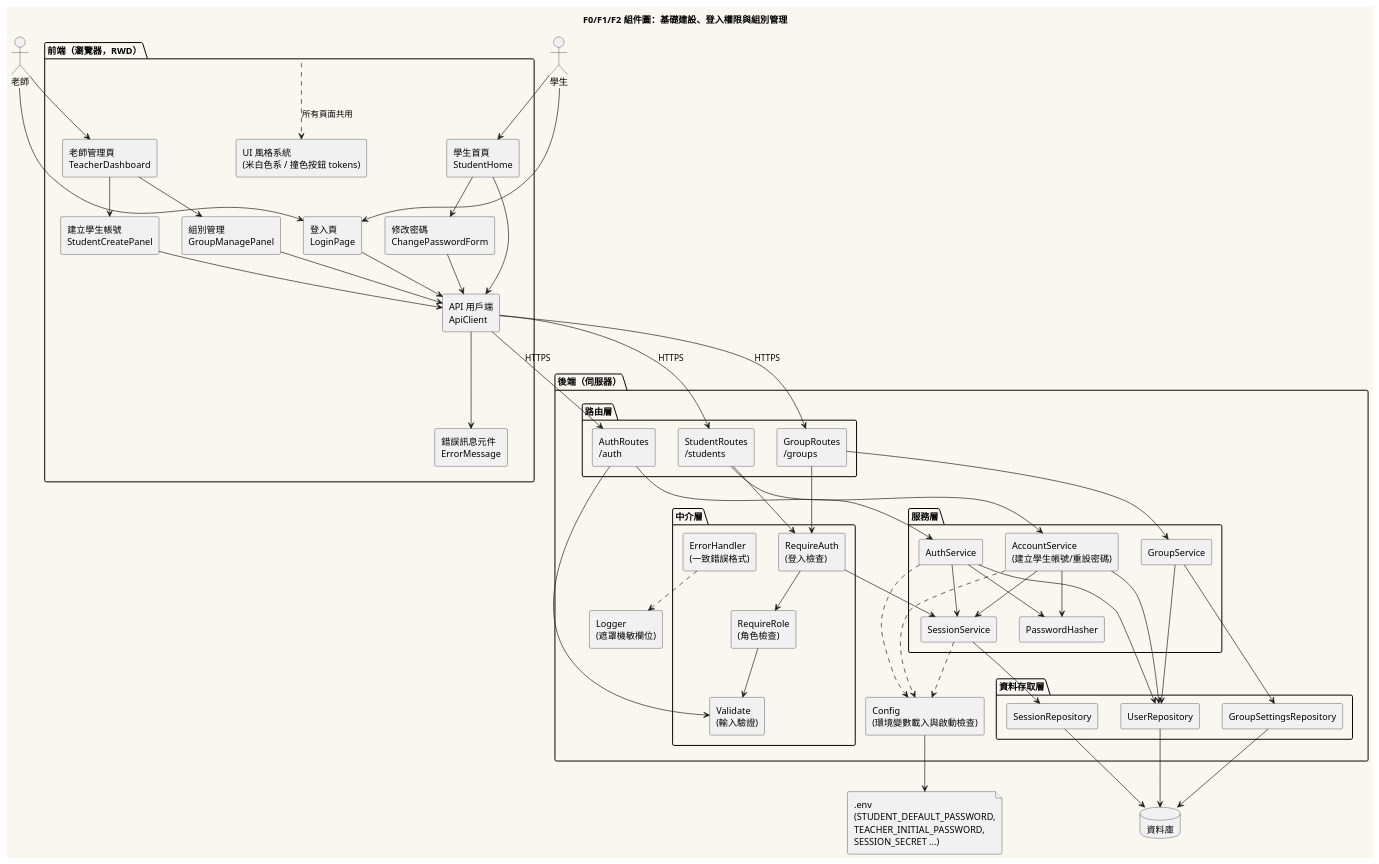
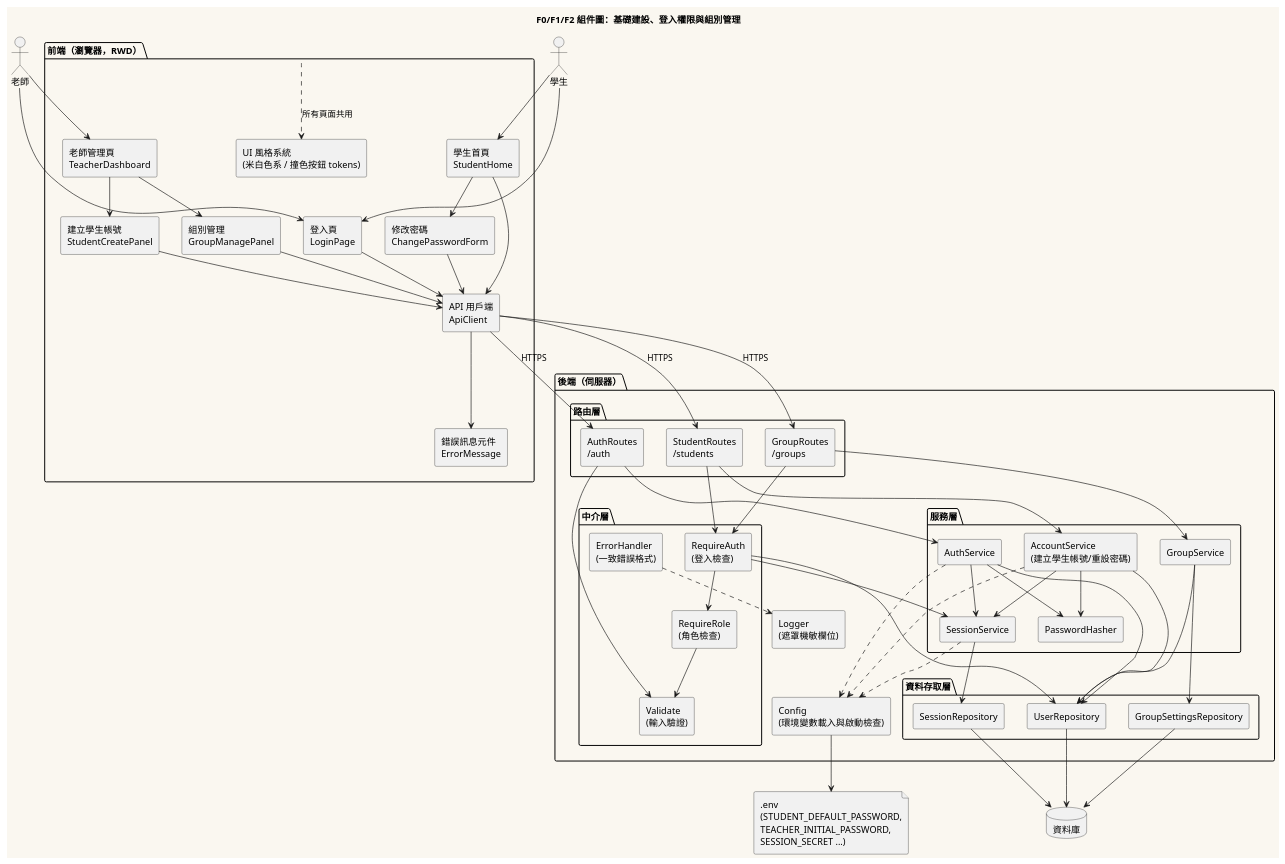
One commit to Ennn-1023/SE_project changed the diagram in diagrams/001-component.puml. Above: the diagram before and after it, drawn with PlantUML. The commit also changed 93 other files, not shown here.

```diff
--- a/diagrams/001-component.puml
+++ b/diagrams/001-component.puml
@@ -1,105 +1,106 @@
 @startuml 001-component
 title F0/F1/F2 組件圖：基礎建設、登入權限與組別管理
 
 skinparam componentStyle rectangle
 skinparam backgroundColor #FAF7F0
 skinparam shadowing false
 
 actor "老師" as Teacher
 actor "學生" as Student
 
 package "前端（瀏覽器，RWD）" as FE {
   [UI 風格系統\n(米白色系 / 撞色按鈕 tokens)] as Theme
   [登入頁\nLoginPage] as LoginPage
   [老師管理頁\nTeacherDashboard] as TeacherPage
   [建立學生帳號\nStudentCreatePanel] as CreatePanel
   [組別管理\nGroupManagePanel] as GroupManage
   [學生首頁\nStudentHome] as StudentHome
   [修改密碼\nChangePasswordForm] as ChangePwd
   [API 用戶端\nApiClient] as ApiClient
   [錯誤訊息元件\nErrorMessage] as ErrorView
 }
 
 package "後端（伺服器）" as BE {
   package "路由層" {
     [AuthRoutes\n/auth] as AuthRoutes
     [StudentRoutes\n/students] as StudentRoutes
     [GroupRoutes\n/groups] as GroupRoutes
   }
   package "中介層" {
     [RequireAuth\n(登入檢查)] as RequireAuth
     [RequireRole\n(角色檢查)] as RequireRole
     [Validate\n(輸入驗證)] as Validate
     [ErrorHandler\n(一致錯誤格式)] as ErrorHandler
   }
   package "服務層" {
     [AuthService] as AuthService
     [SessionService] as SessionService
     [AccountService\n(建立學生帳號/重設密碼)] as AccountService
     [GroupService] as GroupService
     [PasswordHasher] as Hasher
   }
   package "資料存取層" {
     [UserRepository] as UserRepo
     [SessionRepository] as SessionRepo
     [GroupSettingsRepository] as GroupRepo
   }
   [Config\n(環境變數載入與啟動檢查)] as Config
   [Logger\n(遮罩機敏欄位)] as Logger
 }
 
 database "資料庫" as DB
 file ".env\n(STUDENT_DEFAULT_PASSWORD,\nTEACHER_INITIAL_PASSWORD,\nSESSION_SECRET ...)" as EnvFile
 
 Teacher --> LoginPage
 Student --> LoginPage
 Teacher --> TeacherPage
 Student --> StudentHome
 
 TeacherPage --> CreatePanel
 TeacherPage --> GroupManage
 StudentHome --> ChangePwd
 
 LoginPage --> ApiClient
 CreatePanel --> ApiClient
 GroupManage --> ApiClient
 StudentHome --> ApiClient
 ChangePwd --> ApiClient
 ApiClient --> ErrorView
 FE ..> Theme : 所有頁面共用
 
 ApiClient --> AuthRoutes : HTTPS
 ApiClient --> StudentRoutes : HTTPS
 ApiClient --> GroupRoutes : HTTPS
 
 AuthRoutes --> Validate
 StudentRoutes --> RequireAuth
 GroupRoutes --> RequireAuth
 RequireAuth --> RequireRole
 RequireRole --> Validate
 
 AuthRoutes --> AuthService
 StudentRoutes --> AccountService
 GroupRoutes --> GroupService
 
 AuthService --> SessionService
 AuthService --> Hasher
 AuthService --> UserRepo
 AccountService --> Hasher
 AccountService --> UserRepo
 AccountService --> SessionService
 GroupService --> UserRepo
 GroupService --> GroupRepo
 SessionService --> SessionRepo
 RequireAuth --> SessionService
+RequireAuth --> UserRepo
 
 UserRepo --> DB
 SessionRepo --> DB
 GroupRepo --> DB
 
 Config --> EnvFile
 AuthService ..> Config
 AccountService ..> Config
 SessionService ..> Config
 ErrorHandler ..> Logger
 @enduml
```
